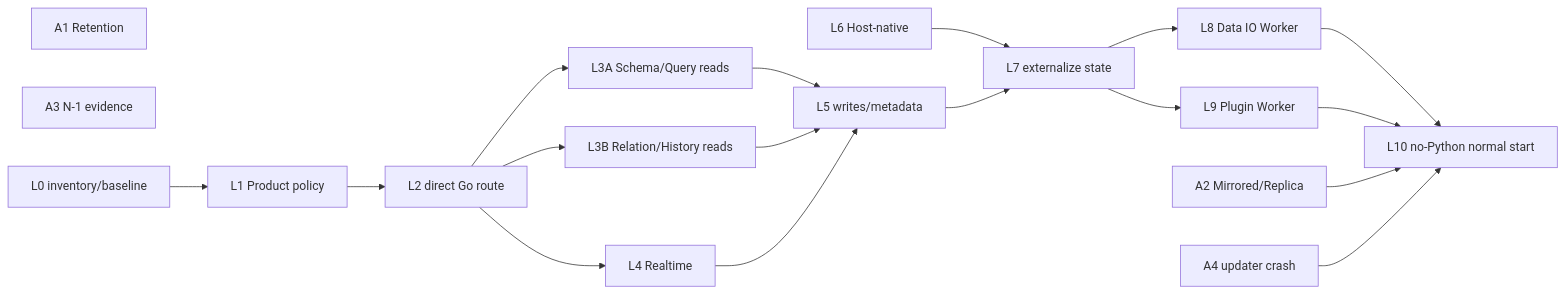
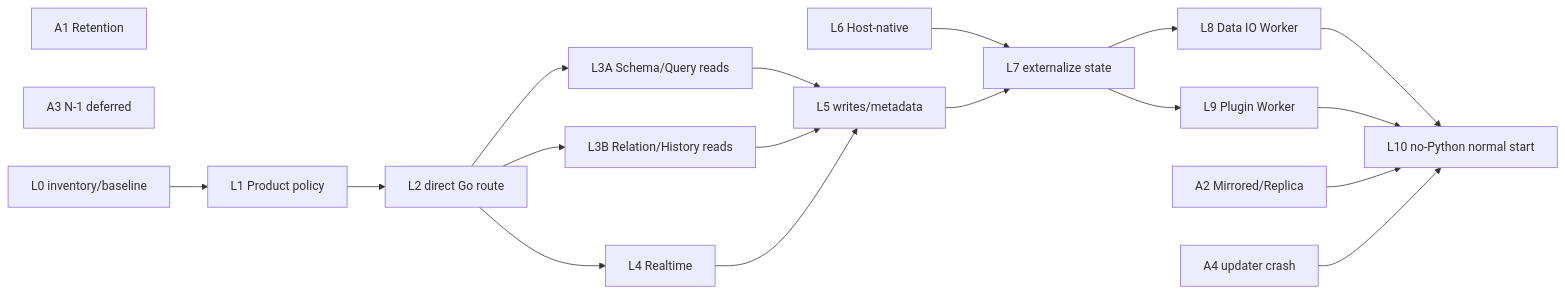
The second of 2 diagrams in docs/plans/2026-08-29-vibetable-maturity-convergence-and-runtime-evolution.md (FelixJI/VibeTable), drawn with Mermaid before and after one commit. The commit also changed other lines of this file and 5 other files, not shown here.

````diff
--- a/docs/plans/2026-08-29-vibetable-maturity-convergence-and-runtime-evolution.md
+++ b/docs/plans/2026-08-29-vibetable-maturity-convergence-and-runtime-evolution.md
@@ -566,35 +586,35 @@
 ```mermaid
 flowchart LR
     A1["A1 Retention"]
     A2["A2 Mirrored/Replica"]
-    A3["A3 N-1 evidence"]
+    A3["A3 N-1 deferred"]
     A4["A4 updater crash"]
     L0["L0 inventory/baseline"]
     L1["L1 Product policy"]
     L2["L2 direct Go route"]
     L3A["L3A Schema/Query reads"]
     L3B["L3B Relation/History reads"]
     L4["L4 Realtime"]
     L5["L5 writes/metadata"]
     L6["L6 Host-native"]
     L7["L7 externalize state"]
     L8["L8 Data IO Worker"]
     L9["L9 Plugin Worker"]
     L10["L10 no-Python normal start"]
 
     L0 --> L1 --> L2
     L2 --> L3A
     L2 --> L3B
     L2 --> L4
     L3A --> L5
     L3B --> L5
     L4 --> L5
     L6 --> L7
     L5 --> L7
     L7 --> L8
     L7 --> L9
     L8 --> L10
     L9 --> L10
     A2 --> L10
     A4 --> L10
 ```
````
